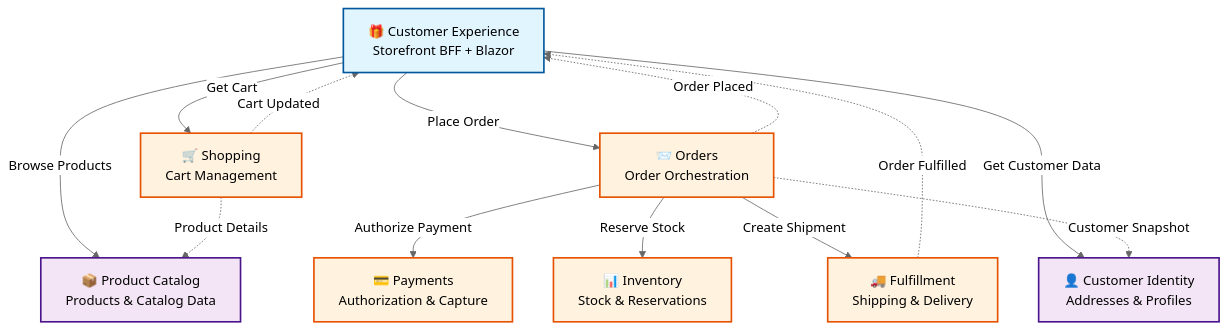
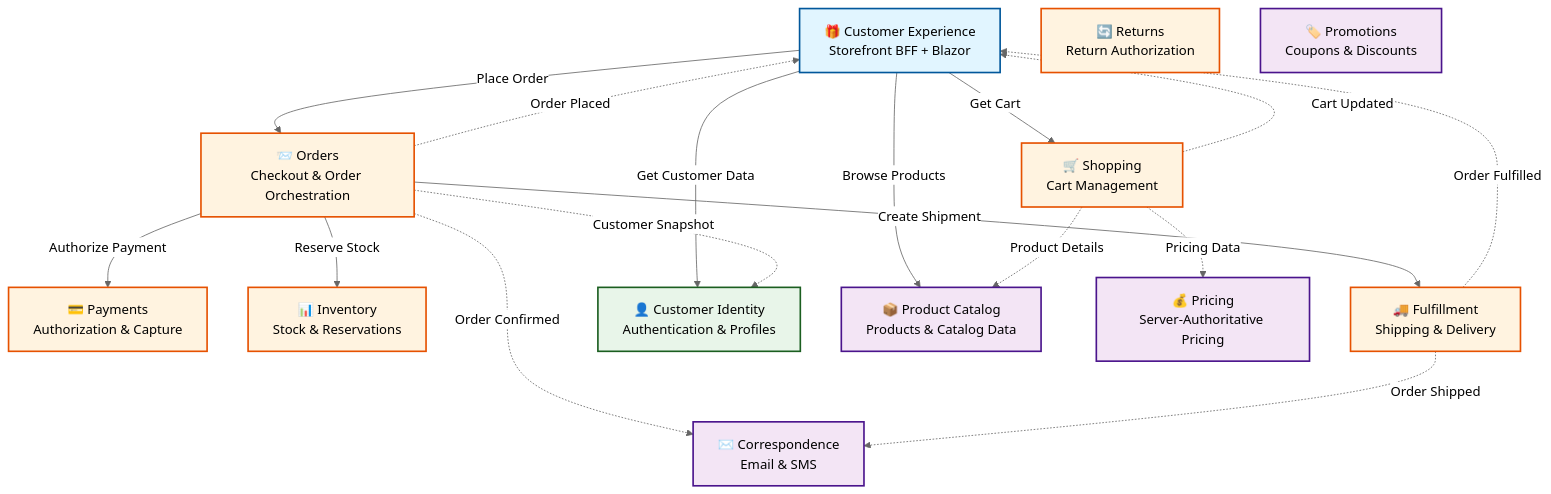
One commit to erikshafer/CritterSupply changed the first of 2 diagrams in README.md. Above: the diagram before and after it, drawn with Mermaid (neutral theme). The commit also changed other lines of this file, not shown here.

First line of the commit message:
README: correct BC statuses, expand architecture diagrams, fix content accuracy (#398)

````diff
--- a/README.md
+++ b/README.md
@@ -109,44 +120,53 @@
 ```mermaid
 graph TB
     %% Customer-Facing Layer
-    CE[🎁 Customer Experience<br/>Storefront BFF + Blazor]
-    
+    CE["🎁 Customer Experience<br/>Storefront BFF + Blazor"]
+
     %% Core Business Contexts
-    Shopping[🛒 Shopping<br/>Cart Management]
-    Orders[📨 Orders<br/>Order Orchestration]
-    Payments[💳 Payments<br/>Authorization & Capture]
-    Inventory[📊 Inventory<br/>Stock & Reservations]
-    Fulfillment[🚚 Fulfillment<br/>Shipping & Delivery]
-    
+    Shopping["🛒 Shopping<br/>Cart Management"]
+    Orders["📨 Orders<br/>Checkout & Order Orchestration"]
+    Payments["💳 Payments<br/>Authorization & Capture"]
+    Inventory["📊 Inventory<br/>Stock & Reservations"]
+    Fulfillment["🚚 Fulfillment<br/>Shipping & Delivery"]
+    Returns["🔄 Returns<br/>Return Authorization"]
+
     %% Supporting Contexts
-    CustomerID[👤 Customer Identity<br/>Addresses & Profiles]
-    Catalog[📦 Product Catalog<br/>Products & Catalog Data]
-    
+    CustomerID["👤 Customer Identity<br/>Authentication & Profiles"]
+    Catalog["📦 Product Catalog<br/>Products & Catalog Data"]
+    Pricing["💰 Pricing<br/>Server-Authoritative Pricing"]
+    Promotions["🏷️ Promotions<br/>Coupons & Discounts"]
+    Correspondence["✉️ Correspondence<br/>Email & SMS"]
+
     %% Customer Experience interactions
     CE -->|Get Cart| Shopping
     CE -->|Place Order| Orders
     CE -->|Browse Products| Catalog
     CE -->|Get Customer Data| CustomerID
-    
+
     %% Order Orchestration (Saga)
     Orders -->|Authorize Payment| Payments
     Orders -->|Reserve Stock| Inventory
     Orders -->|Create Shipment| Fulfillment
-    
+
     %% Data enrichment
     Shopping -.->|Product Details| Catalog
+    Shopping -.->|Pricing Data| Pricing
     Orders -.->|Customer Snapshot| CustomerID
-    
+    Orders -.->|Order Confirmed| Correspondence
+    Fulfillment -.->|Order Shipped| Correspondence
+
     %% Real-time notifications
     Shopping -.->|Cart Updated| CE
     Orders -.->|Order Placed| CE
     Fulfillment -.->|Order Fulfilled| CE
-    
+
     classDef bff fill:#e1f5ff,stroke:#01579b,stroke-width:2px
     classDef core fill:#fff3e0,stroke:#e65100,stroke-width:2px
     classDef support fill:#f3e5f5,stroke:#4a148c,stroke-width:2px
-    
+    classDef identity fill:#e8f5e9,stroke:#1b5e20,stroke-width:2px
+
     class CE bff
-    class Shopping,Orders,Payments,Inventory,Fulfillment core
-    class CustomerID,Catalog support
+    class Shopping,Orders,Payments,Inventory,Fulfillment,Returns core
+    class Catalog,Pricing,Promotions,Correspondence support
+    class CustomerID identity
 ```
````
